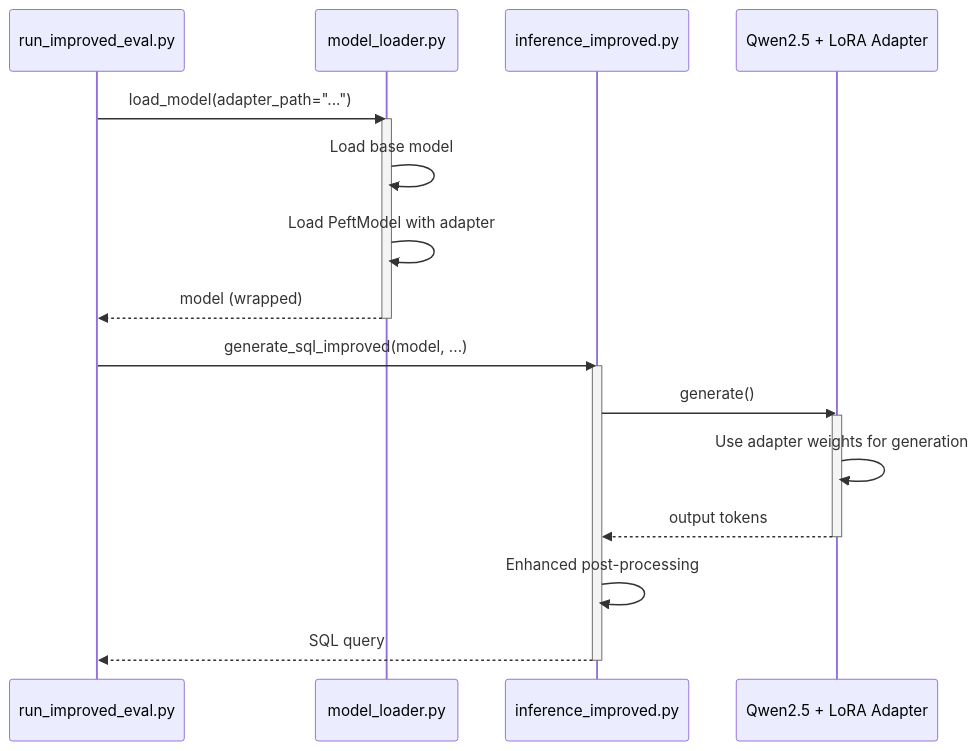
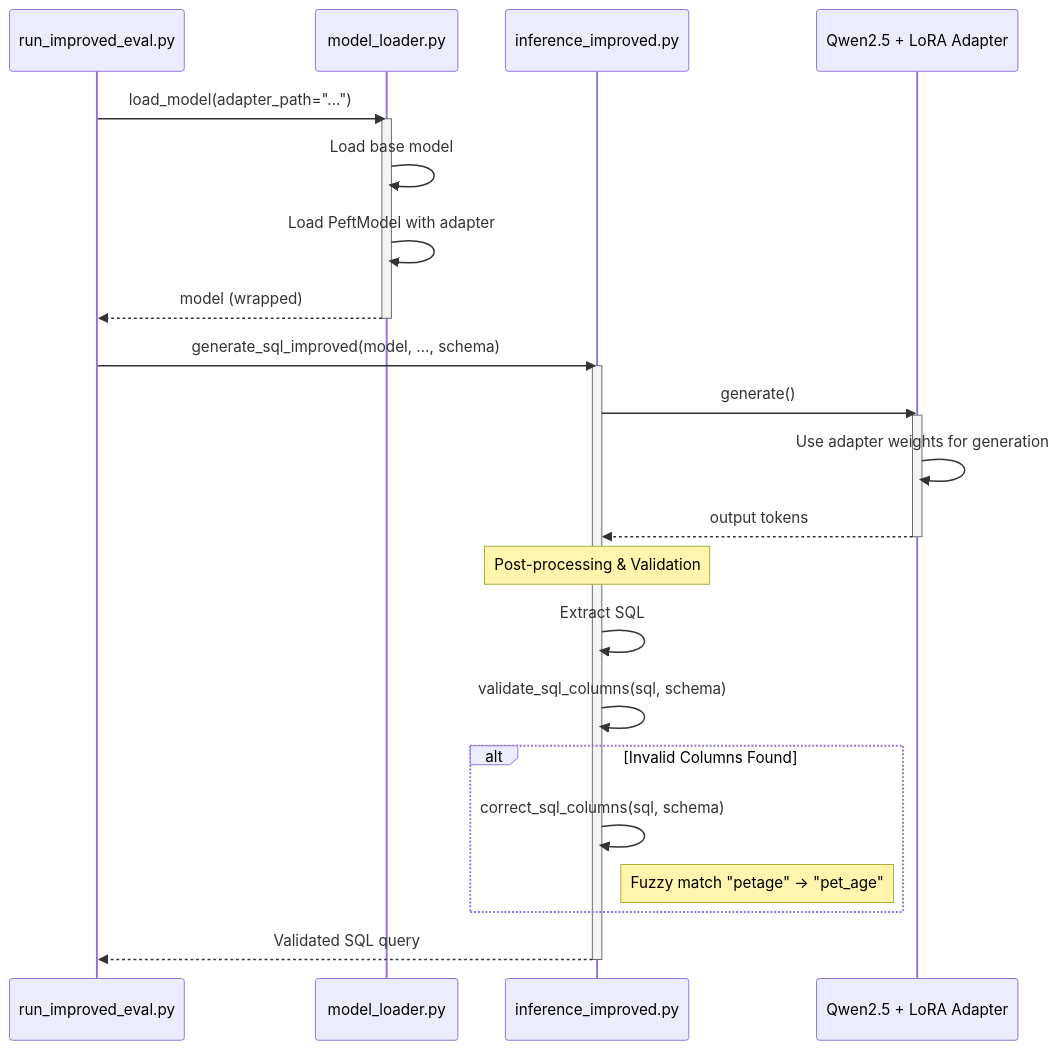
One commit to nayanjha16/CodeGen-Implementations changed the sixth of 10 diagrams in docs/sequence_diagrams.md. Above: the diagram before and after it, drawn with Mermaid. The commit also changed other lines of this file and 12 other files, not shown here.

````diff
--- a/docs/sequence_diagrams.md
+++ b/docs/sequence_diagrams.md
@@ -357,26 +313,34 @@
 ```mermaid
 sequenceDiagram
     participant Script as run_improved_eval.py
     participant Loader as model_loader.py
     participant Inference as inference_improved.py
     participant Model as Qwen2.5 + LoRA Adapter
     
     Script->>Loader: load_model(adapter_path="...")
     activate Loader
     Loader->>Loader: Load base model
     Loader->>Loader: Load PeftModel with adapter
     Loader-->>Script: model (wrapped)
     deactivate Loader
     
-    Script->>Inference: generate_sql_improved(model, ...)
+    Script->>Inference: generate_sql_improved(model, ..., schema)
     activate Inference
     Inference->>Model: generate()
     activate Model
     Model->>Model: Use adapter weights for generation
     Model-->>Inference: output tokens
     deactivate Model
     
-    Inference->>Inference: Enhanced post-processing
-    Inference-->>Script: SQL query
+    Note over Inference: Post-processing & Validation
+    
+    Inference->>Inference: Extract SQL
+    Inference->>Inference: validate_sql_columns(sql, schema)
+    alt Invalid Columns Found
+        Inference->>Inference: correct_sql_columns(sql, schema)
+        Note right of Inference: Fuzzy match "petage" -> "pet_age"
+    end
+    
+    Inference-->>Script: Validated SQL query
     deactivate Inference
 ```
````
